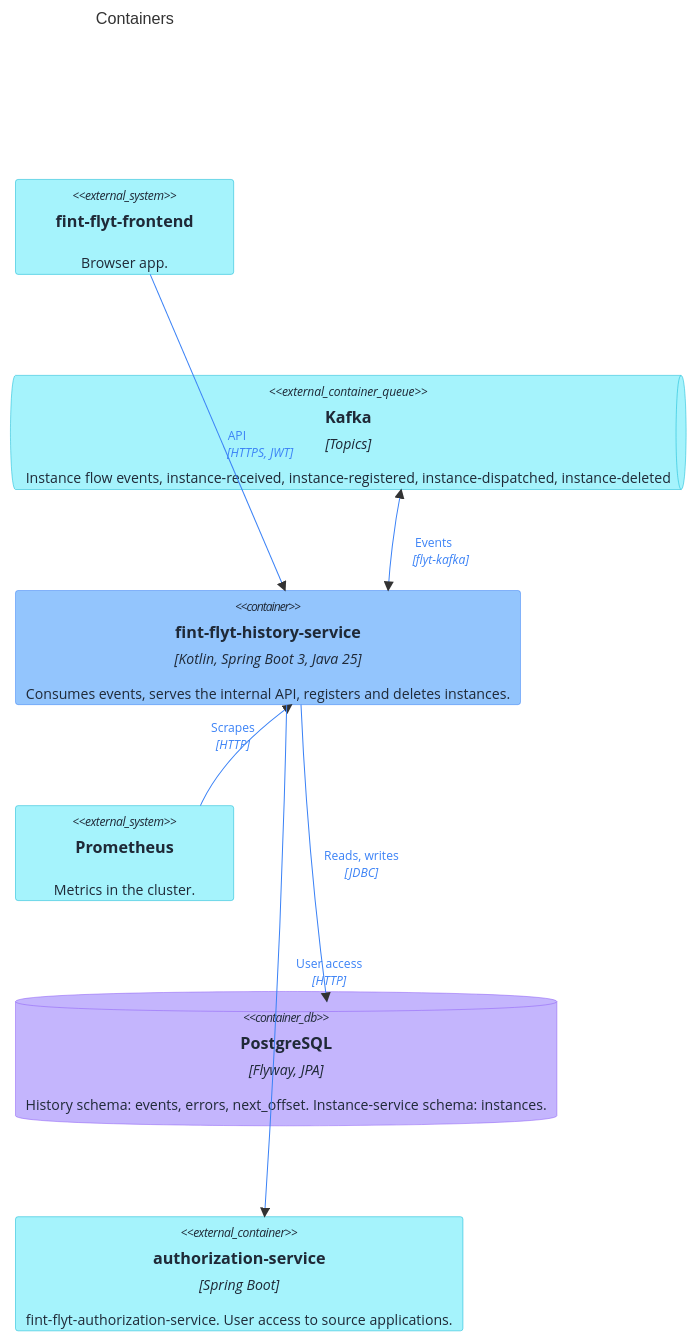
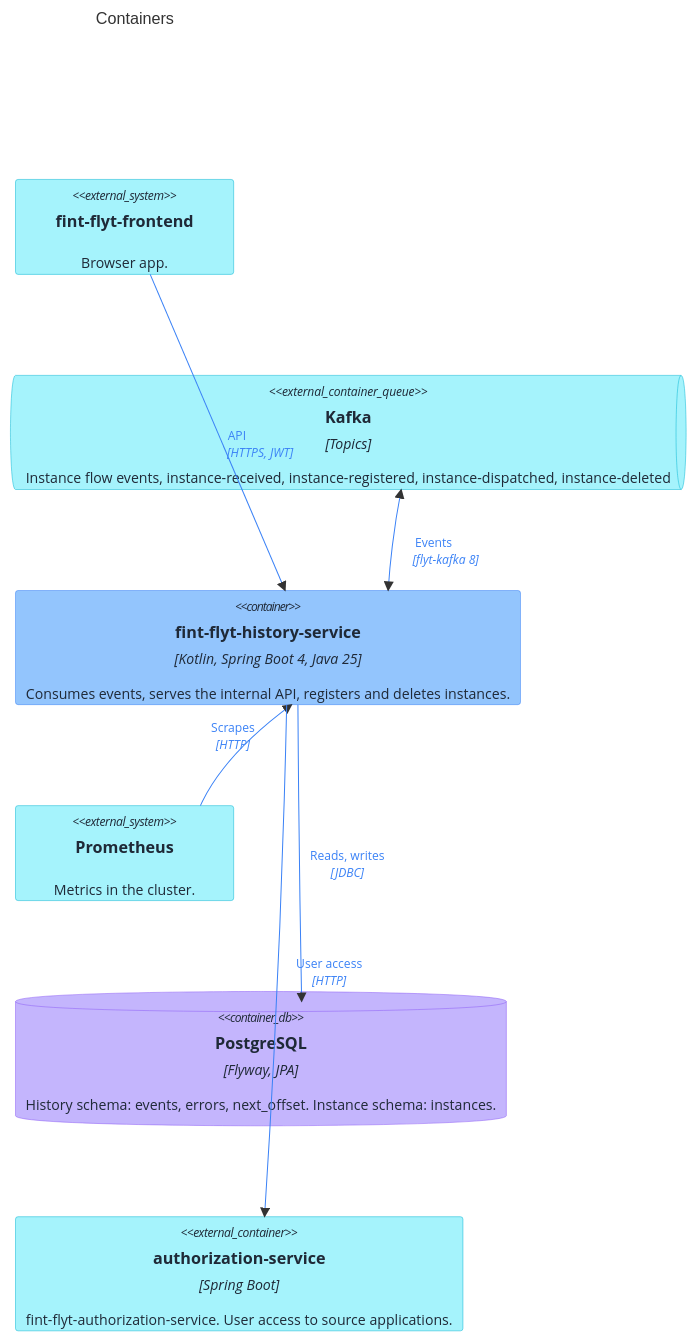
Before and after one commit to FINTLabs/fint-flyt-history-service: the second of 7 diagrams in docs/architecture.md, drawn with Mermaid. The commit also changed other lines of this file and 119 other files, not shown here.

First line of the commit message:
build!: move to Spring Boot 4, fint-kafka-starter and flyt-security-starter

````diff
--- a/docs/architecture.md
+++ b/docs/architecture.md
@@ -59,30 +57,30 @@
 ```mermaid
 C4Container
     title Containers
 
     System_Ext(frontend, "fint-flyt-frontend", "Browser app.")
     ContainerQueue_Ext(kafka, "Kafka", "Topics", "Instance flow events, instance-received, instance-registered, instance-dispatched, instance-deleted")
-    Container(app, "fint-flyt-history-service", "Kotlin, Spring Boot 3, Java 25", "Consumes events, serves the internal API, registers and deletes instances.")
+    Container(app, "fint-flyt-history-service", "Kotlin, Spring Boot 4, Java 25", "Consumes events, serves the internal API, registers and deletes instances.")
     System_Ext(prometheus, "Prometheus", "Metrics in the cluster.")
-    ContainerDb(db, "PostgreSQL", "Flyway, JPA", "History schema: events, errors, next_offset. Instance-service schema: instances.")
+    ContainerDb(db, "PostgreSQL", "Flyway, JPA", "History schema: events, errors, next_offset. Instance schema: instances.")
     Container_Ext(authz, "authorization-service", "Spring Boot", "fint-flyt-authorization-service. User access to source applications.")
 
     Rel(frontend, app, "API", "HTTPS, JWT")
-    BiRel(app, kafka, "Events", "flyt-kafka")
+    BiRel(app, kafka, "Events", "flyt-kafka 8")
     Rel(prometheus, app, "Scrapes", "HTTP")
     Rel(app, db, "Reads, writes", "JDBC")
     Rel(app, authz, "User access", "HTTP")
 
     UpdateRelStyle(frontend, app, $textColor="#3B82F6", $lineColor="#3B82F6", $offsetX="10")
     UpdateRelStyle(app, kafka, $textColor="#3B82F6", $lineColor="#3B82F6", $offsetX="20")
     UpdateRelStyle(prometheus, app, $textColor="#3B82F6", $lineColor="#3B82F6", $offsetX="-35", $offsetY="-30")
     UpdateRelStyle(app, db, $textColor="#3B82F6", $lineColor="#3B82F6", $offsetX="10")
     UpdateRelStyle(app, authz, $textColor="#3B82F6", $lineColor="#3B82F6", $offsetX="20")
     UpdateElementStyle(app, $bgColor="#93C5FD", $fontColor="#1F2937", $borderColor="#3B82F6")
     UpdateElementStyle(db, $bgColor="#C4B5FD", $fontColor="#1F2937", $borderColor="#8B5CF6")
     UpdateElementStyle(frontend, $bgColor="#A5F3FC", $fontColor="#1F2937", $borderColor="#06B6D4")
     UpdateElementStyle(kafka, $bgColor="#A5F3FC", $fontColor="#1F2937", $borderColor="#06B6D4")
     UpdateElementStyle(prometheus, $bgColor="#A5F3FC", $fontColor="#1F2937", $borderColor="#06B6D4")
     UpdateElementStyle(authz, $bgColor="#A5F3FC", $fontColor="#1F2937", $borderColor="#06B6D4")
     UpdateLayoutConfig($c4ShapeInRow="2", $c4BoundaryInRow="1")
 ```
````
